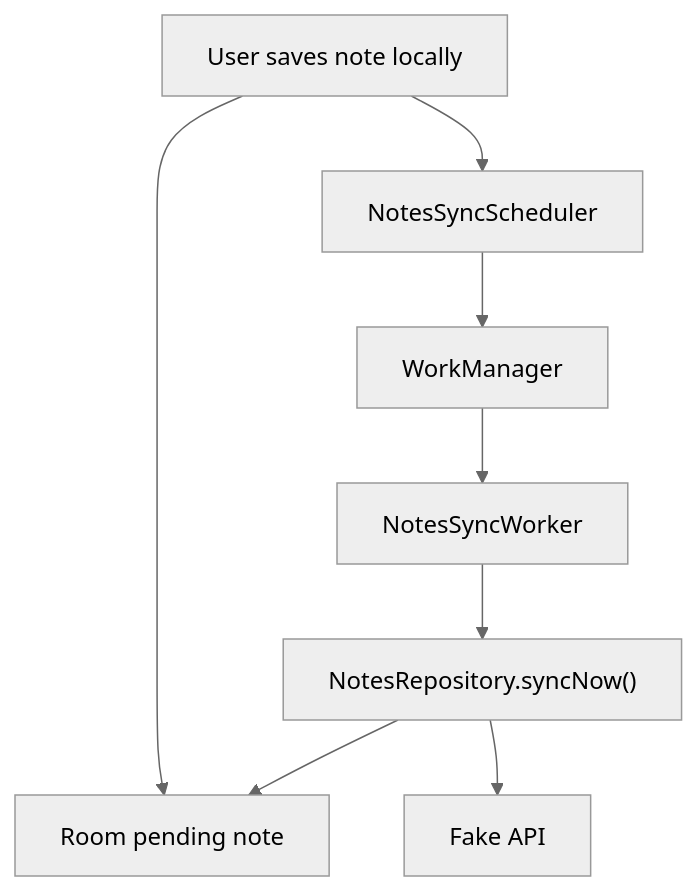
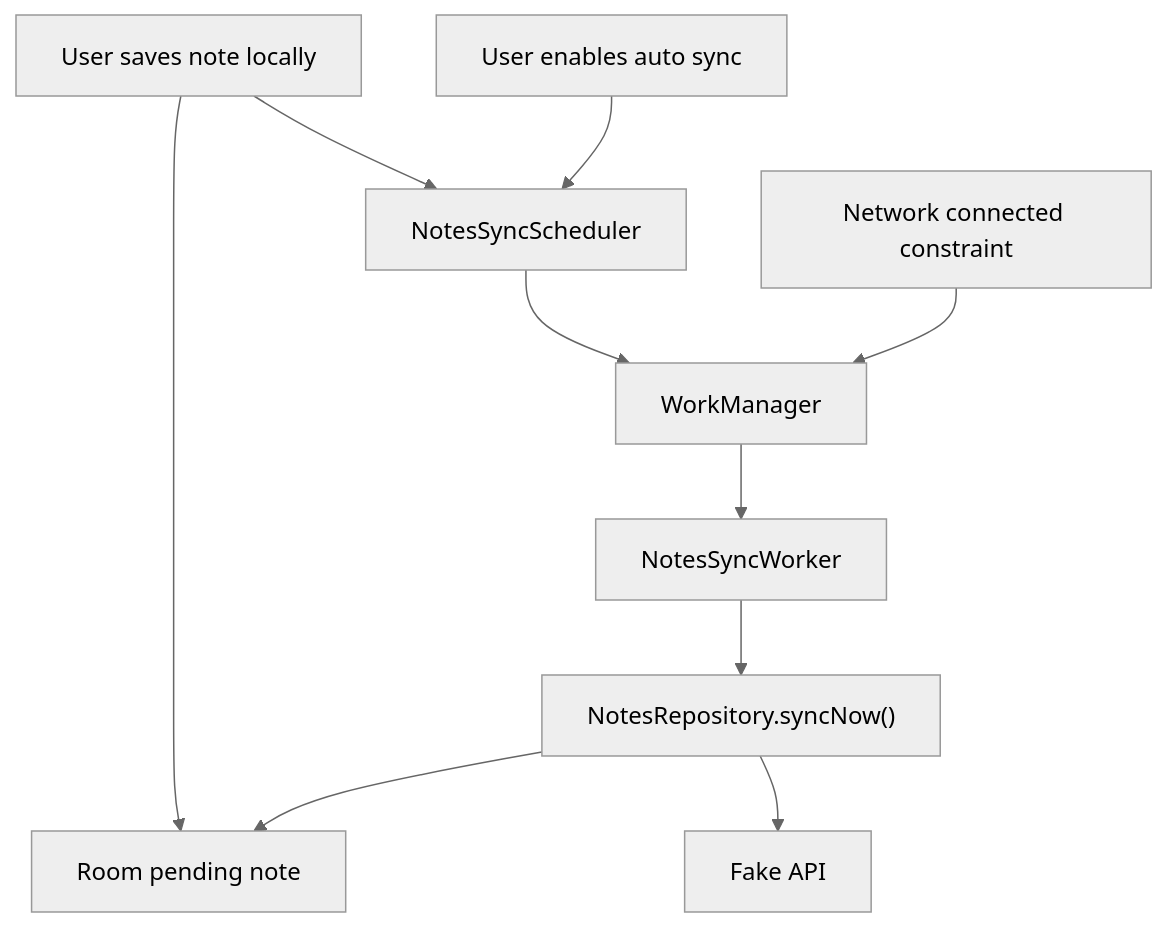
One commit to venkata-ram/FieldNotes-OfflineFirstSystemDesign changed the diagram in docs/learning/m8-background-sync-with-workmanager.md. Above: the diagram before and after it, drawn with Mermaid (neutral theme). The commit also changed other lines of this file and 17 other files, not shown here.

````diff
--- a/docs/learning/m8-background-sync-with-workmanager.md
+++ b/docs/learning/m8-background-sync-with-workmanager.md
@@ -86,10 +104,12 @@
 ```mermaid
 flowchart TD
     Save["User saves note locally"] --> DB["Room pending note"]
     Save --> Scheduler["NotesSyncScheduler"]
+    Toggle["User enables auto sync"] --> Scheduler
     Scheduler --> WM["WorkManager"]
+    Network["Network connected constraint"] --> WM
     WM --> Worker["NotesSyncWorker"]
     Worker --> Repo["NotesRepository.syncNow()"]
     Repo --> DB
     Repo --> API["Fake API"]
 ```
````
